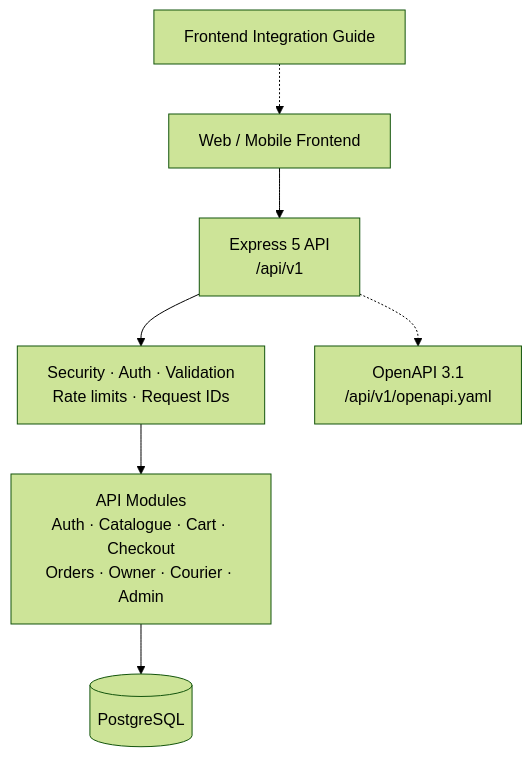
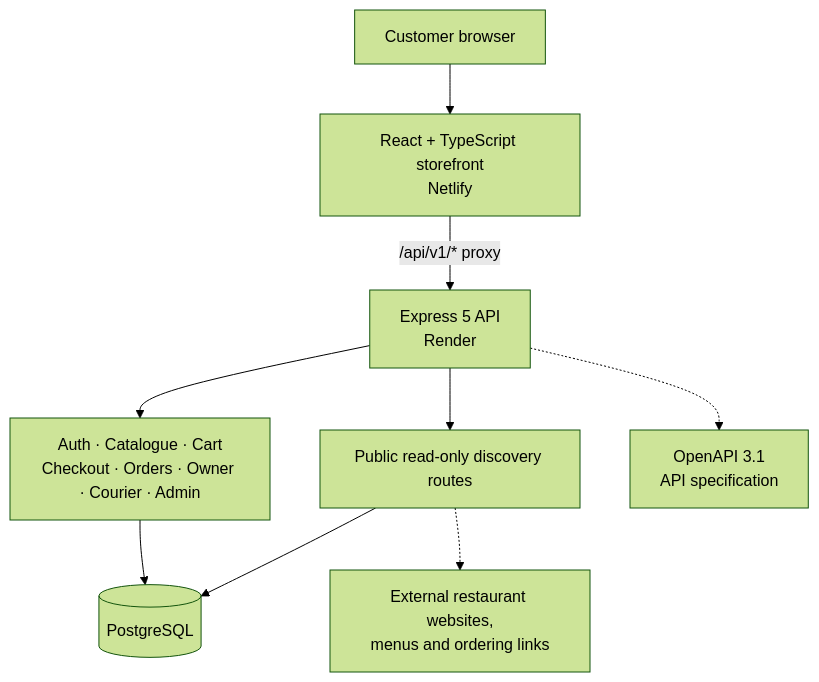
The diagram in README.md (Rishidev-20thcenturey/food-delivery-api), drawn with Mermaid (forest theme) before and after one commit. The commit also changed other lines of this file, not shown here.

````diff
--- a/README.md
+++ b/README.md
@@ -141,9 +154,11 @@
 ```mermaid
 flowchart TD
-    Client["Web / Mobile Frontend"] --> API["Express 5 API<br/>/api/v1"]
-    API --> Middleware["Security · Auth · Validation<br/>Rate limits · Request IDs"]
-    Middleware --> Modules["API Modules<br/>Auth · Catalogue · Cart · Checkout<br/>Orders · Owner · Courier · Admin"]
-    Modules --> DB[("PostgreSQL")]
-    API -.-> Spec["OpenAPI 3.1<br/>/api/v1/openapi.yaml"]
-    Docs["Frontend Integration Guide"] -.-> Client
+    Browser["Customer browser"] --> Netlify["React + TypeScript storefront<br/>Netlify"]
+    Netlify -->|"/api/v1/* proxy"| API["Express 5 API<br/>Render"]
+    API --> Orders["Auth · Catalogue · Cart<br/>Checkout · Orders · Owner · Courier · Admin"]
+    API --> Discovery["Public read-only discovery routes"]
+    Orders --> DB[("PostgreSQL")]
+    Discovery --> DB
+    API -.-> Spec["OpenAPI 3.1<br/>API specification"]
+    Discovery -.-> External["External restaurant websites,<br/>menus and ordering links"]
 ```
````
